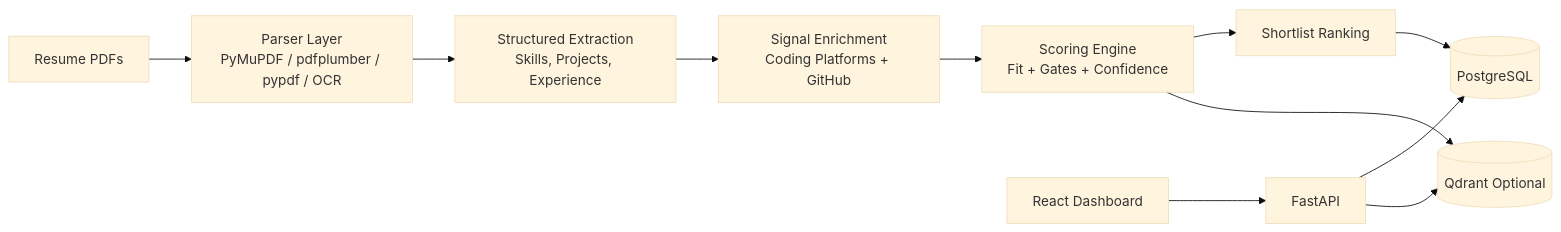
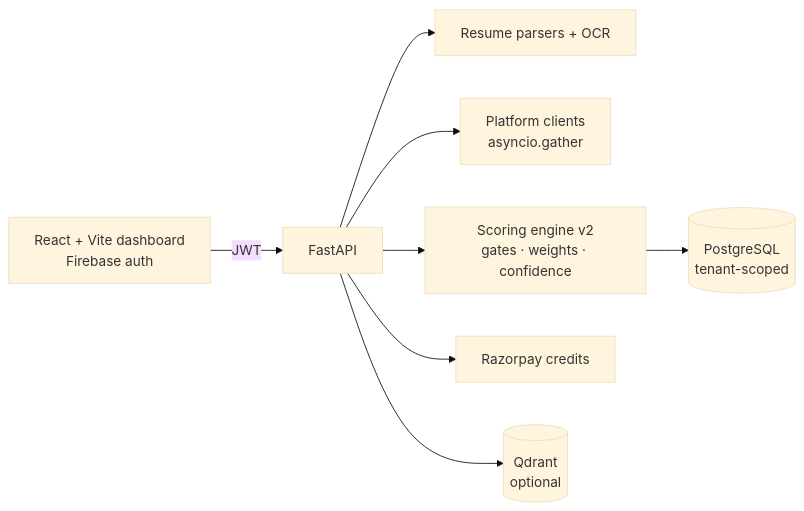
One commit to kartikeyajay2006/Kovidam-Skill-Graph changed the second of 2 diagrams in README.md. Above: the diagram before and after it, drawn with Mermaid (base theme). The commit also changed other lines of this file, not shown here.

Commit message:
docs: rewrite README with clear overview, architecture and setup

````diff
--- a/README.md
+++ b/README.md
@@ -59,13 +72,10 @@
 ```mermaid
 flowchart LR
-  A[Resume PDFs] --> B[Parser Layer\nPyMuPDF / pdfplumber / pypdf / OCR]
-  B --> C[Structured Extraction\nSkills, Projects, Experience]
-  C --> D[Signal Enrichment\nCoding Platforms + GitHub]
-  D --> E[Scoring Engine\nFit + Gates + Confidence]
-  E --> F[Shortlist Ranking]
-  F --> G[(PostgreSQL)]
-  E --> H[(Qdrant Optional)]
-  I[React Dashboard] --> J[FastAPI]
-  J --> G
-  J --> H
+    UI[React + Vite dashboard<br/>Firebase auth] -->|JWT| API[FastAPI]
+    API --> PARSE[Resume parsers + OCR]
+    API --> ENRICH[Platform clients<br/>asyncio.gather]
+    API --> SCORE[Scoring engine v2<br/>gates · weights · confidence]
+    API --> PAY[Razorpay credits]
+    SCORE --> PG[(PostgreSQL<br/>tenant-scoped)]
+    API --> QD[(Qdrant<br/>optional)]
 ```
````
